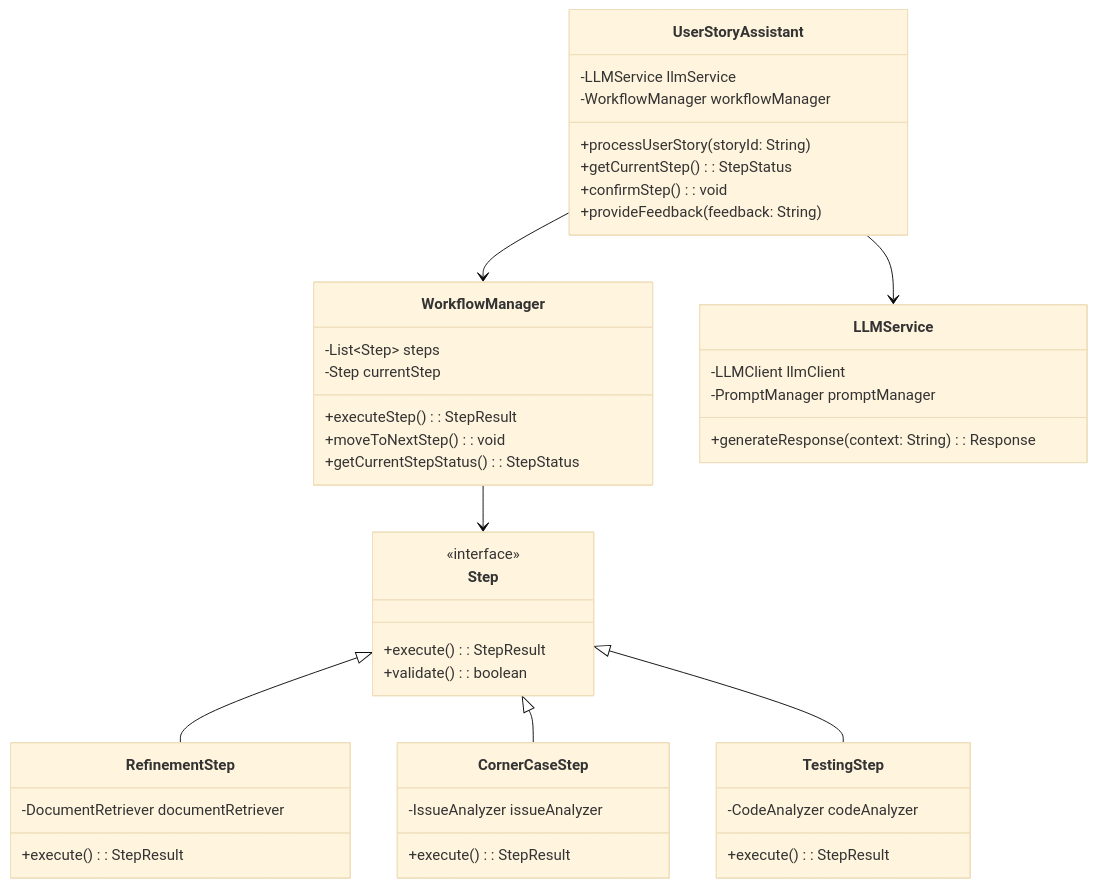
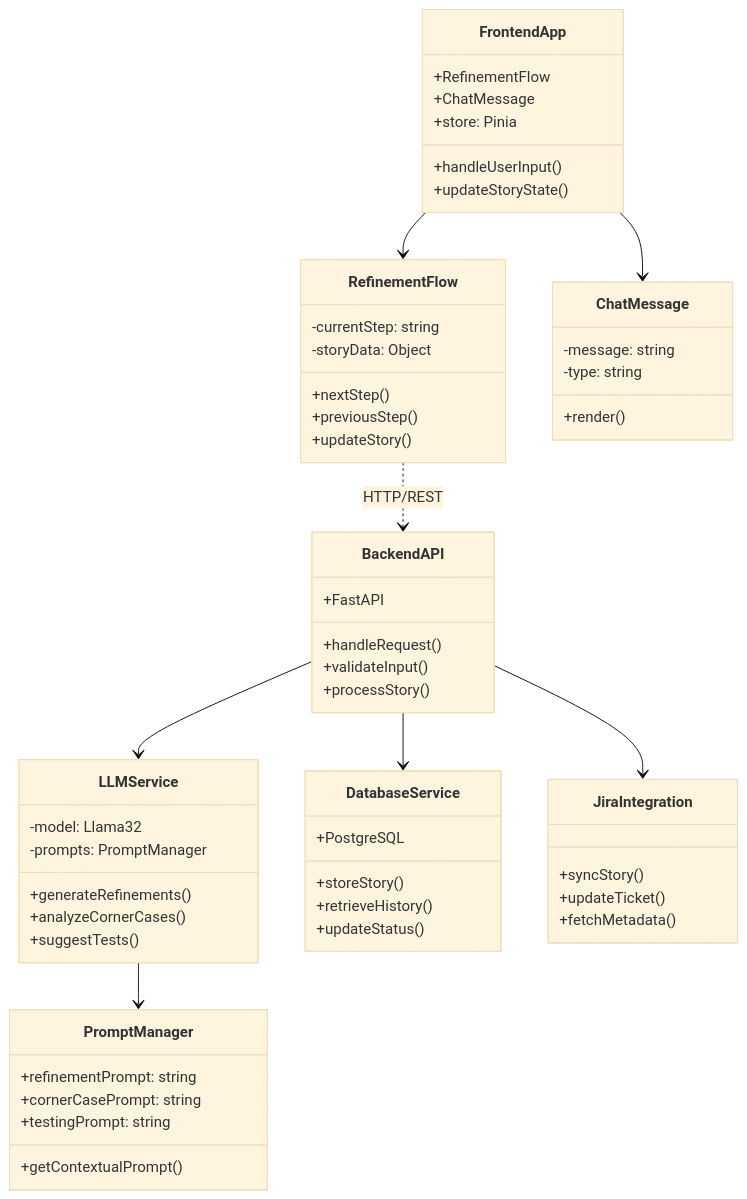
One commit to rgarciademarina/user-story-assistant changed the diagram in readme.md. Above: the diagram before and after it, drawn with Mermaid (base theme). The commit also changed other lines of this file and 2 other files, not shown here.

Commit message:
Update prompts

````diff
--- a/readme.md
+++ b/readme.md
@@ -112,54 +193,67 @@
 ```mermaid
 classDiagram
-    class UserStoryAssistant {
-        -LLMService llmService
-        -WorkflowManager workflowManager
-        +processUserStory(storyId: String)
-        +getCurrentStep(): StepStatus
-        +confirmStep(): void
-        +provideFeedback(feedback: String)
+    class FrontendApp {
+        +RefinementFlow
+        +ChatMessage
+        +store: Pinia
+        +handleUserInput()
+        +updateStoryState()
     }
 
-    class WorkflowManager {
-        -List~Step~ steps
-        -Step currentStep
-        +executeStep(): StepResult
-        +moveToNextStep(): void
-        +getCurrentStepStatus(): StepStatus
+    class RefinementFlow {
+        -currentStep: string
+        -storyData: Object
+        +nextStep()
+        +previousStep()
+        +updateStory()
     }
 
-    class Step {
-        <<interface>>
-        +execute(): StepResult
-        +validate(): boolean
+    class ChatMessage {
+        -message: string
+        -type: string
+        +render()
     }
 
-    class RefinementStep {
-        -DocumentRetriever documentRetriever
-        +execute(): StepResult
-    }
-
-    class CornerCaseStep {
-        -IssueAnalyzer issueAnalyzer
-        +execute(): StepResult
-    }
-
-    class TestingStep {
-        -CodeAnalyzer codeAnalyzer
-        +execute(): StepResult
+    class BackendAPI {
+        +FastAPI
+        +handleRequest()
+        +validateInput()
+        +processStory()
     }
 
     class LLMService {
-        -LLMClient llmClient
-        -PromptManager promptManager
-        +generateResponse(context: String): Response
+        -model: Llama32
+        -prompts: PromptManager
+        +generateRefinements()
+        +analyzeCornerCases()
+        +suggestTests()
     }
 
-    UserStoryAssistant --> WorkflowManager
-    UserStoryAssistant --> LLMService
+    class PromptManager {
+        +refinementPrompt: string
+        +cornerCasePrompt: string
+        +testingPrompt: string
+        +getContextualPrompt()
+    }
 
-    WorkflowManager --> Step
-    Step <|-- RefinementStep
-    Step <|-- CornerCaseStep
-    Step <|-- TestingStep
+    class DatabaseService {
+        +PostgreSQL
+        +storeStory()
+        +retrieveHistory()
+        +updateStatus()
+    }
+
+    class JiraIntegration {
+        +syncStory()
+        +updateTicket()
+        +fetchMetadata()
+    }
+
+    FrontendApp --> RefinementFlow
+    FrontendApp --> ChatMessage
+    RefinementFlow ..> BackendAPI: HTTP/REST
+    BackendAPI --> LLMService
+    LLMService --> PromptManager
+    BackendAPI --> DatabaseService
+    BackendAPI --> JiraIntegration
 ```
````
